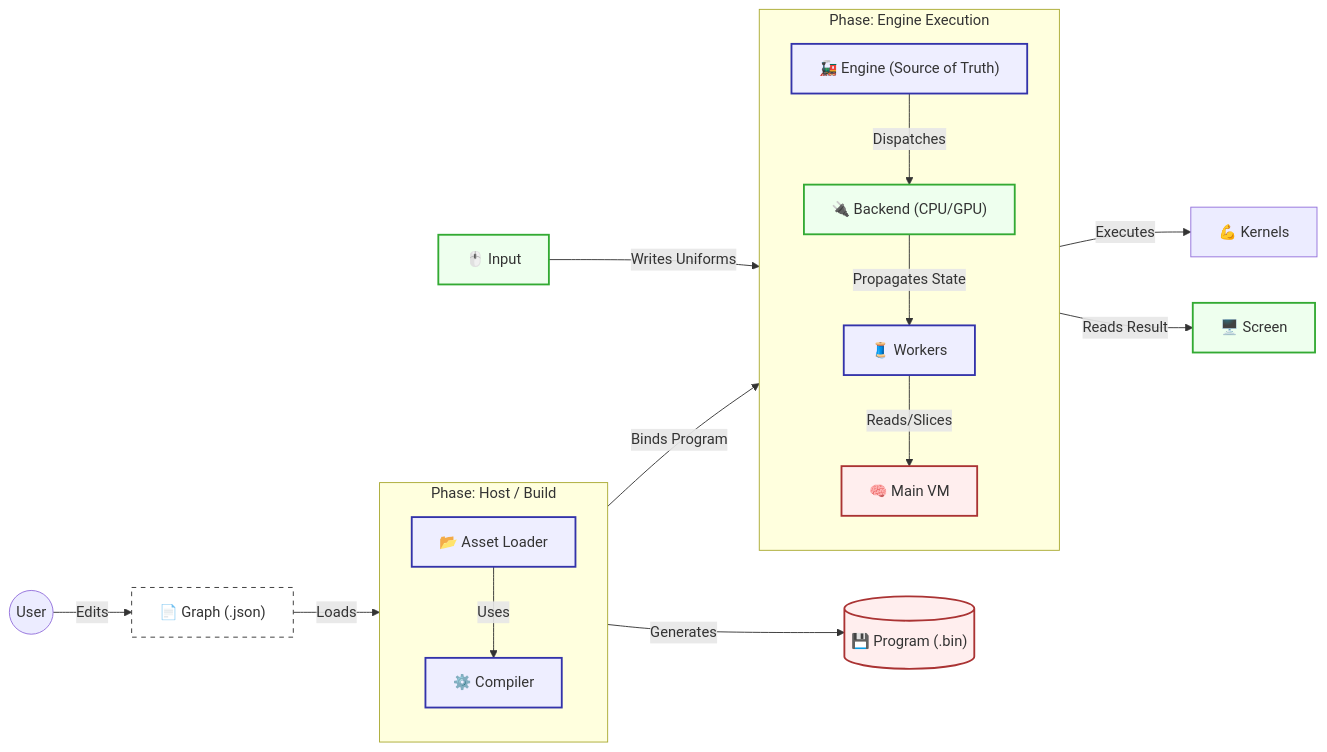
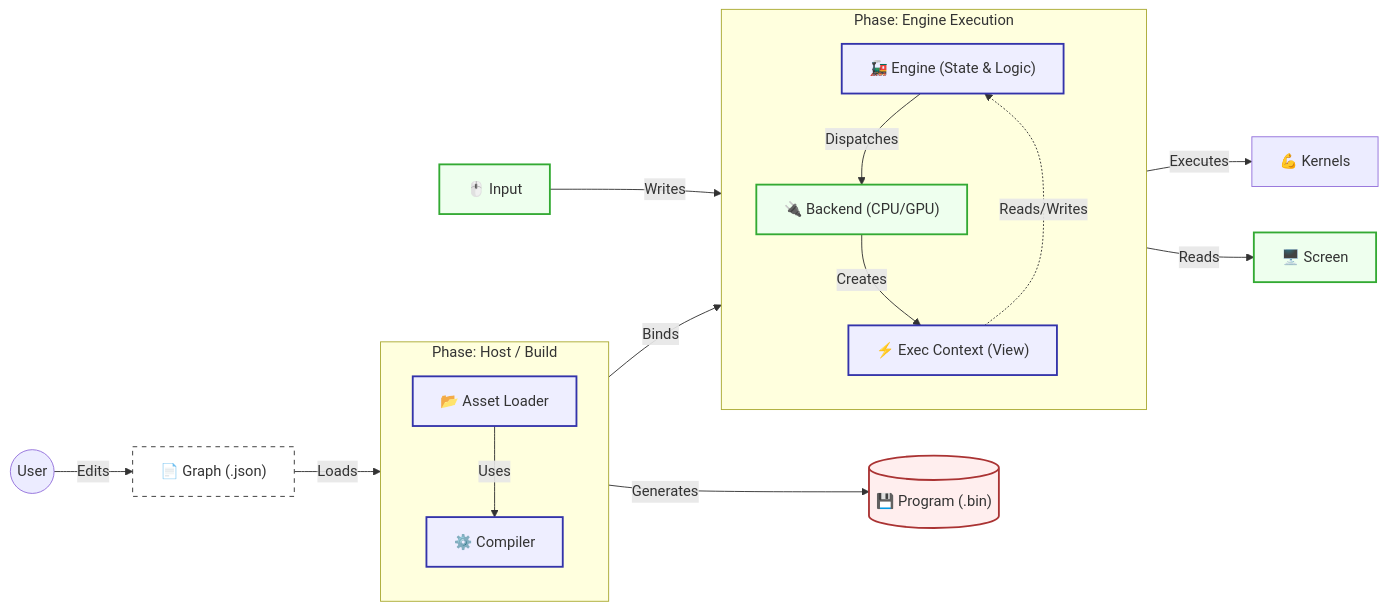
One commit to BinaryCat17/MathFlow changed the first of 2 diagrams in docs/architecture.md. Above: the diagram before and after it, drawn with Mermaid. The commit also changed other lines of this file and 27 other files, not shown here.

````diff
--- a/docs/architecture.md
+++ b/docs/architecture.md
@@ -13,48 +13,47 @@
 ```mermaid
 flowchart LR
     %% Styles
     classDef file fill:#fff,stroke:#333,stroke-width:1px,stroke-dasharray: 5 5;
     classDef proc fill:#eef,stroke:#33a,stroke-width:2px;
     classDef memory fill:#fee,stroke:#a33,stroke-width:2px;
     classDef hw fill:#efe,stroke:#3a3,stroke-width:2px;
 
     %% Data
     User((User))
     Source["📄 Graph (.json)"]:::file
-    Binary[("💾 Program (.bin)")]:::memory
+    Program[("💾 Program (.bin)")]:::memory
 
     %% Compilation
     subgraph Build ["Phase: Host / Build"]
         direction TB
         Loader["📂 Asset Loader"]:::proc
         Compiler["⚙️ Compiler"]:::proc
     end
 
     %% Execution
     subgraph Run ["Phase: Engine Execution"]
         direction TB
-        Engine["🚂 Engine (Source of Truth)"]:::proc
-        VM_Main["🧠 Main VM"]:::memory
+        Engine["🚂 Engine (State & Logic)"]:::proc
         Backend["🔌 Backend (CPU/GPU)"]:::hw
-        Pool["🧵 Workers"]:::proc
+        Ctx["⚡ Exec Context (View)"]:::proc
     end
 
     Input["🖱️ Input"]:::hw
     Screen["🖥️ Screen"]:::hw
 
     %% Flow
     User -- "Edits" --> Source
     Source -- "Loads" --> Loader
     Loader -- "Uses" --> Compiler
-    Compiler -- "Generates" --> Binary
-    Loader -- "Binds Program" --> Engine
+    Compiler -- "Generates" --> Program
+    Loader -- "Binds" --> Engine
     
-    Input -- "Writes Uniforms" --> Engine
     Engine -- "Dispatches" --> Backend
     
-    Backend -- "Propagates State" --> Pool
-    Pool -- "Reads/Slices" --> VM_Main
-    Pool -- "Executes" --> Ops["💪 Kernels"]
+    Backend -- "Creates" --> Ctx
+    Ctx -.-> |Reads/Writes| Engine
+    Ctx -- "Executes" --> Ops["💪 Kernels"]
     
-    Engine -- "Reads Result" --> Screen
+    Input -- "Writes" --> Engine
+    Engine -- "Reads" --> Screen
 ```
````
